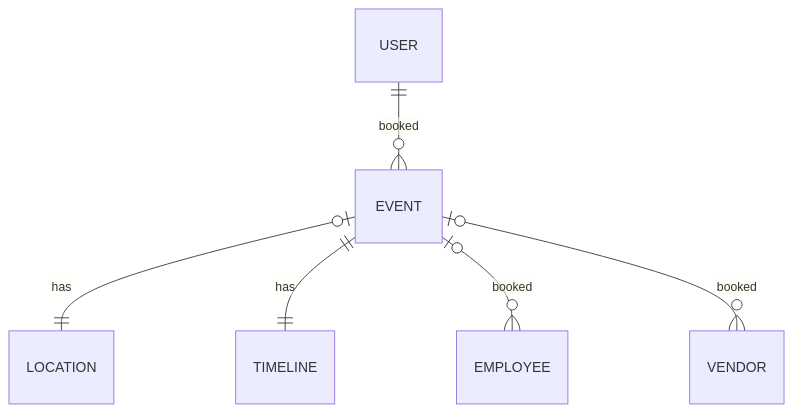
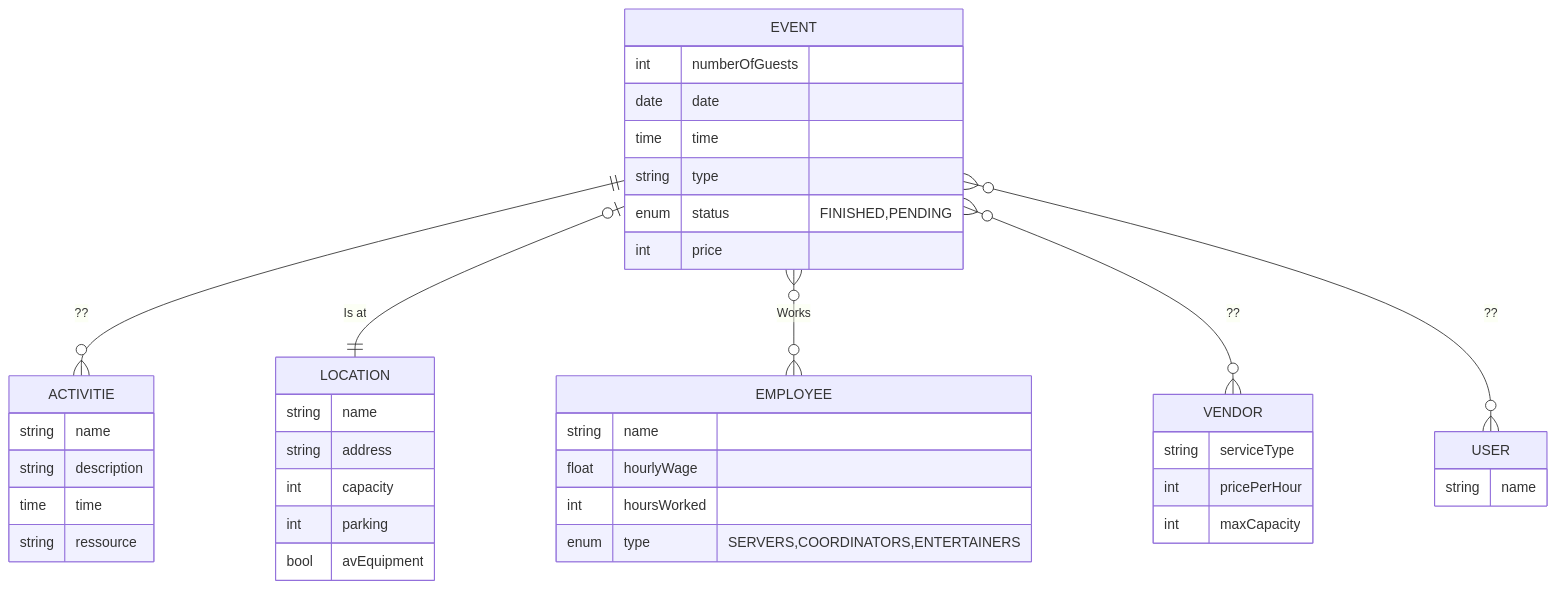
One commit to Stoorrzi/Task-1 changed the diagram in Readme.md. Above: the diagram before and after it, drawn with Mermaid. The commit also changed other lines of this file and 10 other files, not shown here.

````diff
--- a/Readme.md
+++ b/Readme.md
@@ -43,16 +45,45 @@
 ```mermaid
 
 erDiagram
-    USER ||--o{ EVENT : "booked"
-    EVENT o|--|| LOCATION : "has"
-    EVENT ||--|| TIMELINE: "has"
-    EVENT o|--o{ EMPLOYEE: "booked"
-    EVENT o|--o{ VENDOR: "booked"
+    EVENT ||--o{ ACTIVITIE: "??"
+    EVENT o|--|| LOCATION : "Is at"
+    EVENT }o--o{ EMPLOYEE: "Works"
+    EVENT }o--o{ VENDOR: "??"
+    EVENT }o--o{ USER: "??"
 
-    EMPLOYEE {}
-    EVENT {}
-    LOCATION {}
-    TIMELINE {}
-    USER {}
-    VENDOR {}
+    ACTIVITIE {
+      string name
+      string description
+      time time
+      string ressource
+    }
+    EMPLOYEE {
+      string name
+      float hourlyWage
+      int hoursWorked
+      enum type "SERVERS,COORDINATORS,ENTERTAINERS"
+    }
+    EVENT {
+      int numberOfGuests
+      date date
+      time time
+      string type
+      enum status "FINISHED,PENDING"
+      int price
+    }
+    LOCATION {
+      string name
+      string address
+      int capacity
+      int parking
+      bool avEquipment
+    }
+    USER {
+      string name
+    }
+    VENDOR {
+      string serviceType
+      int pricePerHour
+      int maxCapacity
+    }
 ```
````
